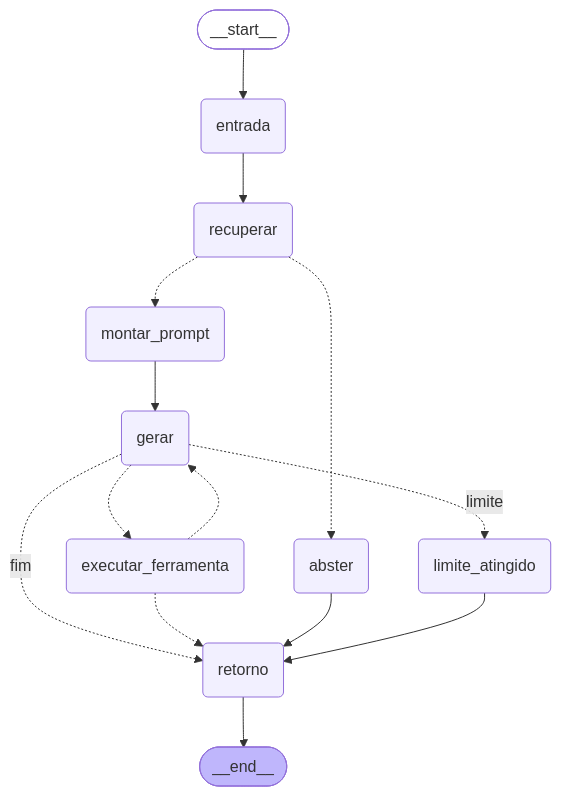
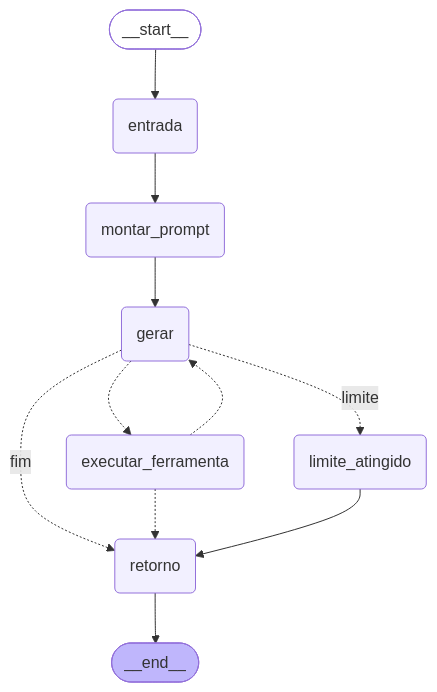
The diagram in DOCS.md (Deivyson05/assistente-de-atendimento), drawn with Mermaid before and after one commit. The commit also changed other lines of this file and 7 other files, not shown here.

````diff
--- a/DOCS.md
+++ b/DOCS.md
@@ -132,29 +142,24 @@
 ```mermaid
 graph TD;
 	__start__([__start__]):::first
 	entrada(entrada)
-	recuperar(recuperar)
 	montar_prompt(montar_prompt)
-	abster(abster)
 	gerar(gerar)
 	executar_ferramenta(executar_ferramenta)
 	limite_atingido(limite_atingido)
 	retorno(retorno)
 	__end__([__end__]):::last
 	__start__ --> entrada;
-	entrada --> recuperar;
-	recuperar -.-> montar_prompt;
-	recuperar -.-> abster;
+	entrada --> montar_prompt;
 	montar_prompt --> gerar;
 	gerar -. fim .-> retorno;
 	gerar -.-> executar_ferramenta;
 	gerar -. limite .-> limite_atingido;
 	executar_ferramenta -.-> gerar;
 	executar_ferramenta -.-> retorno;
-	abster --> retorno;
 	limite_atingido --> retorno;
 	retorno --> __end__;
 	classDef default fill:#f2f0ff
 	classDef first fill-opacity:0
 	classDef last fill:#bfb6fc
 ```
````
